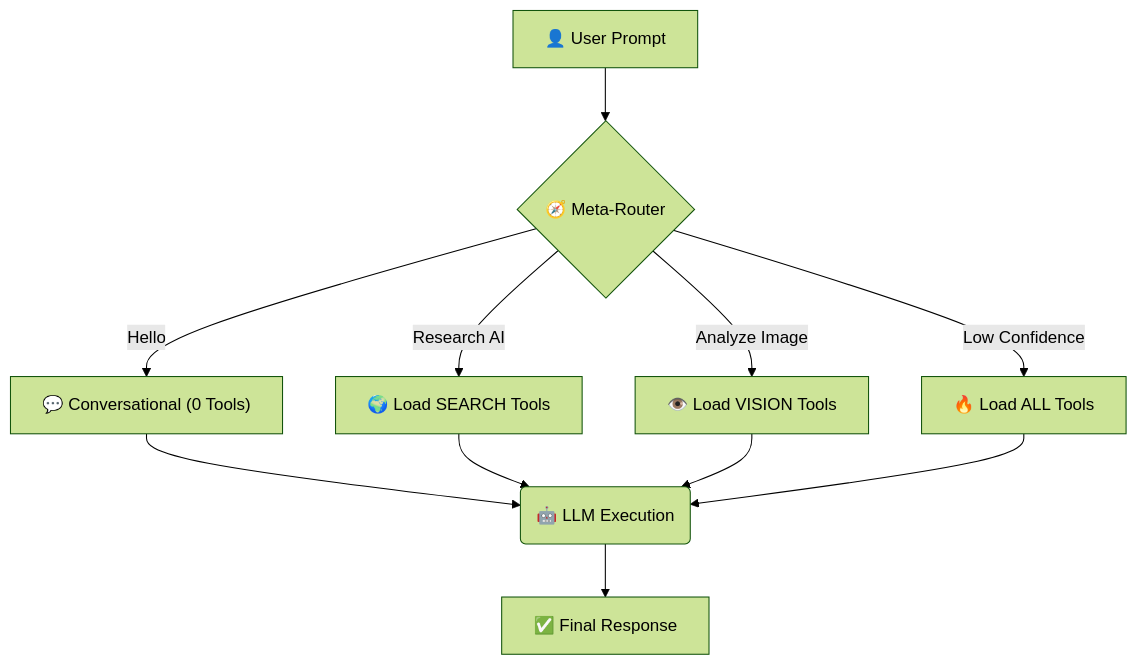
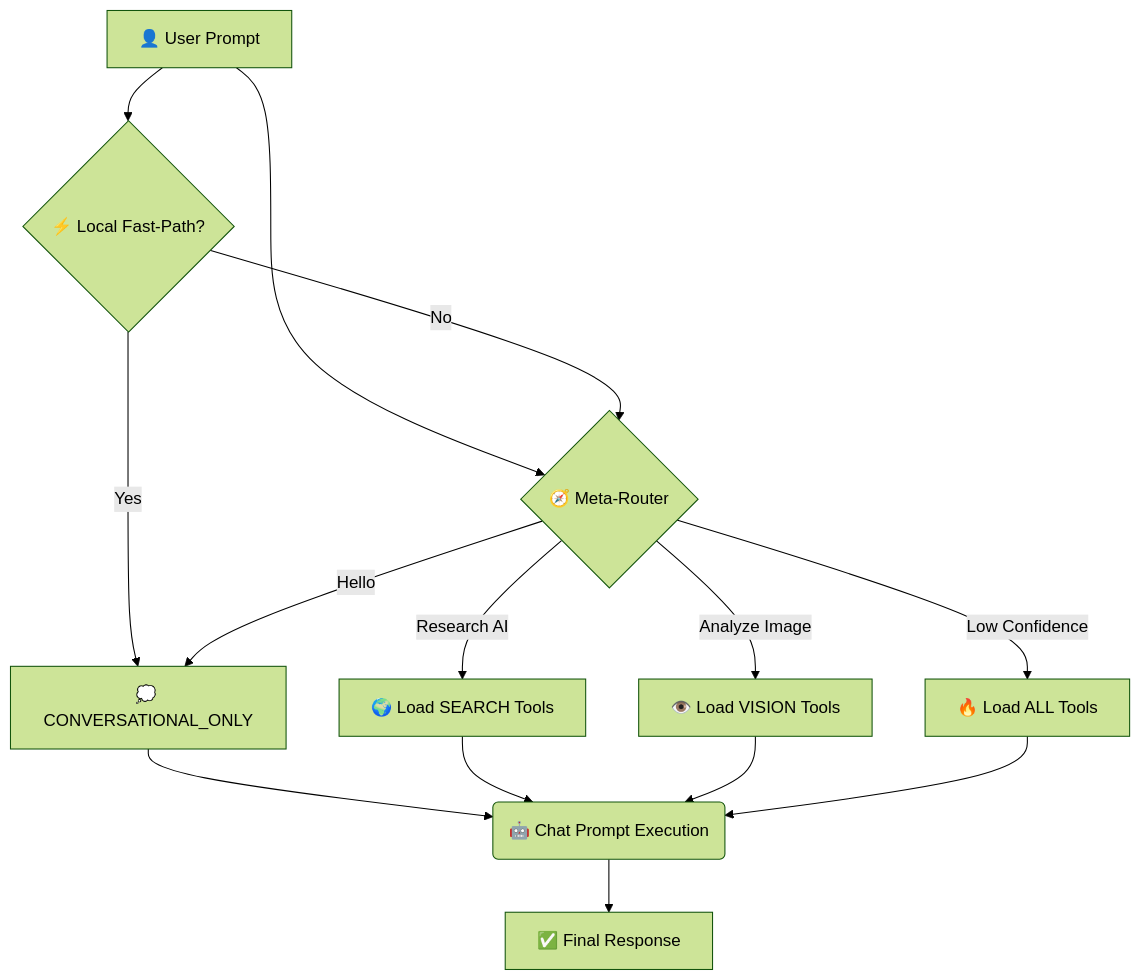
Before and after one commit to rzafiamy/cowork: the diagram in docs/agentic/Intelligence.md, drawn with Mermaid (forest theme). The commit also changed other lines of this file and 13 other files, not shown here.

````diff
--- a/docs/agentic/Intelligence.md
+++ b/docs/agentic/Intelligence.md
@@ -38,13 +41,16 @@
 ```mermaid
 graph TD
     A["👤 User Prompt"] --> B{"🧭 Meta-Router"}
-    B -- "Hello" --> C["💬 Conversational (0 Tools)"]
+    A --> X{"⚡ Local Fast-Path?"}
+    X -- "Yes" --> C["💭 CONVERSATIONAL_ONLY"]
+    X -- "No" --> B
+    B -- "Hello" --> C
     B -- "Research AI" --> D["🌍 Load SEARCH Tools"]
     B -- "Analyze Image" --> E["👁️ Load VISION Tools"]
     B -- "Low Confidence" --> G["🔥 Load ALL Tools"]
-    C --> F("🤖 LLM Execution")
+    C --> F("🤖 Chat Prompt Execution")
     D --> F
     E --> F
     G --> F
     F --> H["✅ Final Response"]
 ```
````
